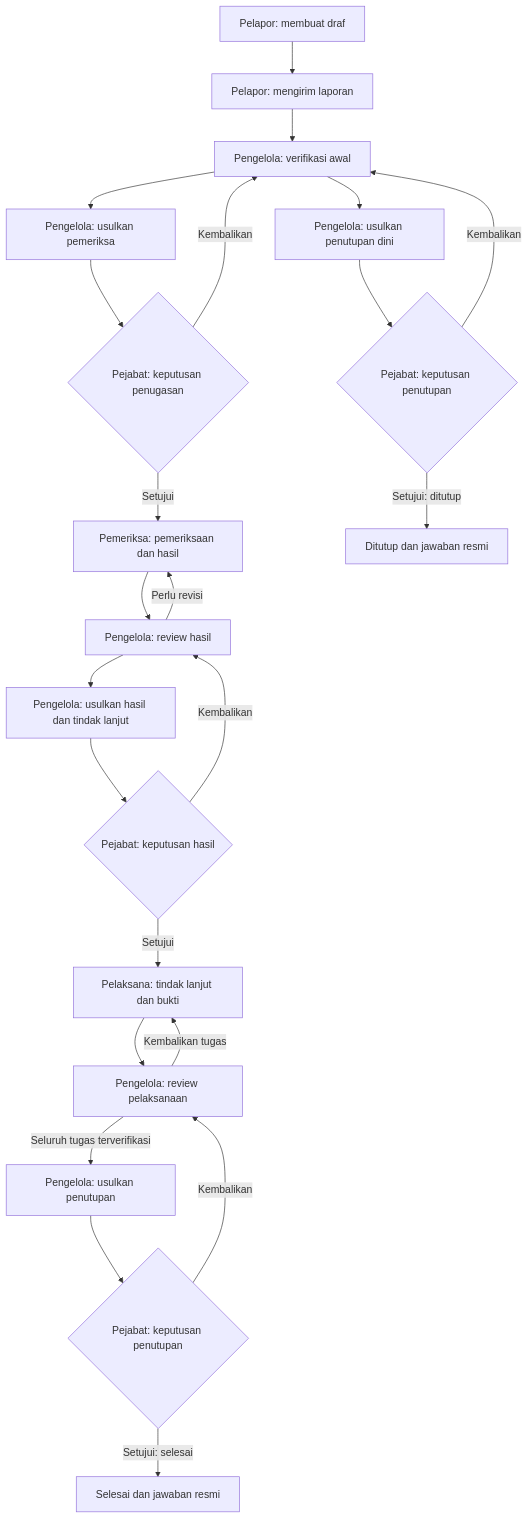
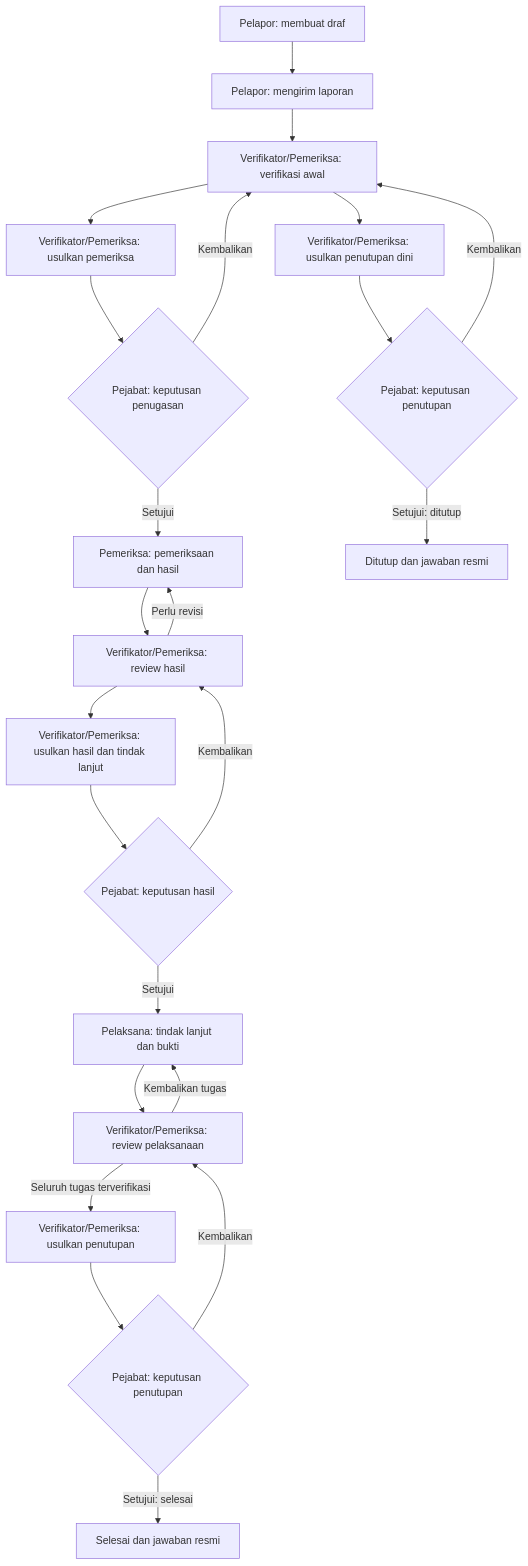
One commit to notizen-00/wbs-spi changed the diagram in docs/role-dan-alur-pelaporan.md. Above: the diagram before and after it, drawn with Mermaid. The commit also changed other lines of this file and 39 other files, not shown here.

````diff
--- a/docs/role-dan-alur-pelaporan.md
+++ b/docs/role-dan-alur-pelaporan.md
@@ -33,25 +33,25 @@
 ```mermaid
 flowchart TD
     A[Pelapor: membuat draf] --> B[Pelapor: mengirim laporan]
-    B --> C[Pengelola: verifikasi awal]
-    C --> D[Pengelola: usulkan pemeriksa]
+    B --> C[Verifikator/Pemeriksa: verifikasi awal]
+    C --> D[Verifikator/Pemeriksa: usulkan pemeriksa]
     D --> E{Pejabat: keputusan penugasan}
     E -->|Kembalikan| C
     E -->|Setujui| F[Pemeriksa: pemeriksaan dan hasil]
-    F --> G[Pengelola: review hasil]
+    F --> G[Verifikator/Pemeriksa: review hasil]
     G -->|Perlu revisi| F
-    G --> H[Pengelola: usulkan hasil dan tindak lanjut]
+    G --> H[Verifikator/Pemeriksa: usulkan hasil dan tindak lanjut]
     H --> I{Pejabat: keputusan hasil}
     I -->|Kembalikan| G
     I -->|Setujui| J[Pelaksana: tindak lanjut dan bukti]
-    J --> K[Pengelola: review pelaksanaan]
+    J --> K[Verifikator/Pemeriksa: review pelaksanaan]
     K -->|Kembalikan tugas| J
-    K -->|Seluruh tugas terverifikasi| L[Pengelola: usulkan penutupan]
+    K -->|Seluruh tugas terverifikasi| L[Verifikator/Pemeriksa: usulkan penutupan]
     L --> M{Pejabat: keputusan penutupan}
     M -->|Kembalikan| K
     M -->|Setujui: selesai| N[Selesai dan jawaban resmi]
-    C --> O[Pengelola: usulkan penutupan dini]
+    C --> O[Verifikator/Pemeriksa: usulkan penutupan dini]
     O --> P{Pejabat: keputusan penutupan}
     P -->|Kembalikan| C
     P -->|Setujui: ditutup| Q[Ditutup dan jawaban resmi]
 ```
````
